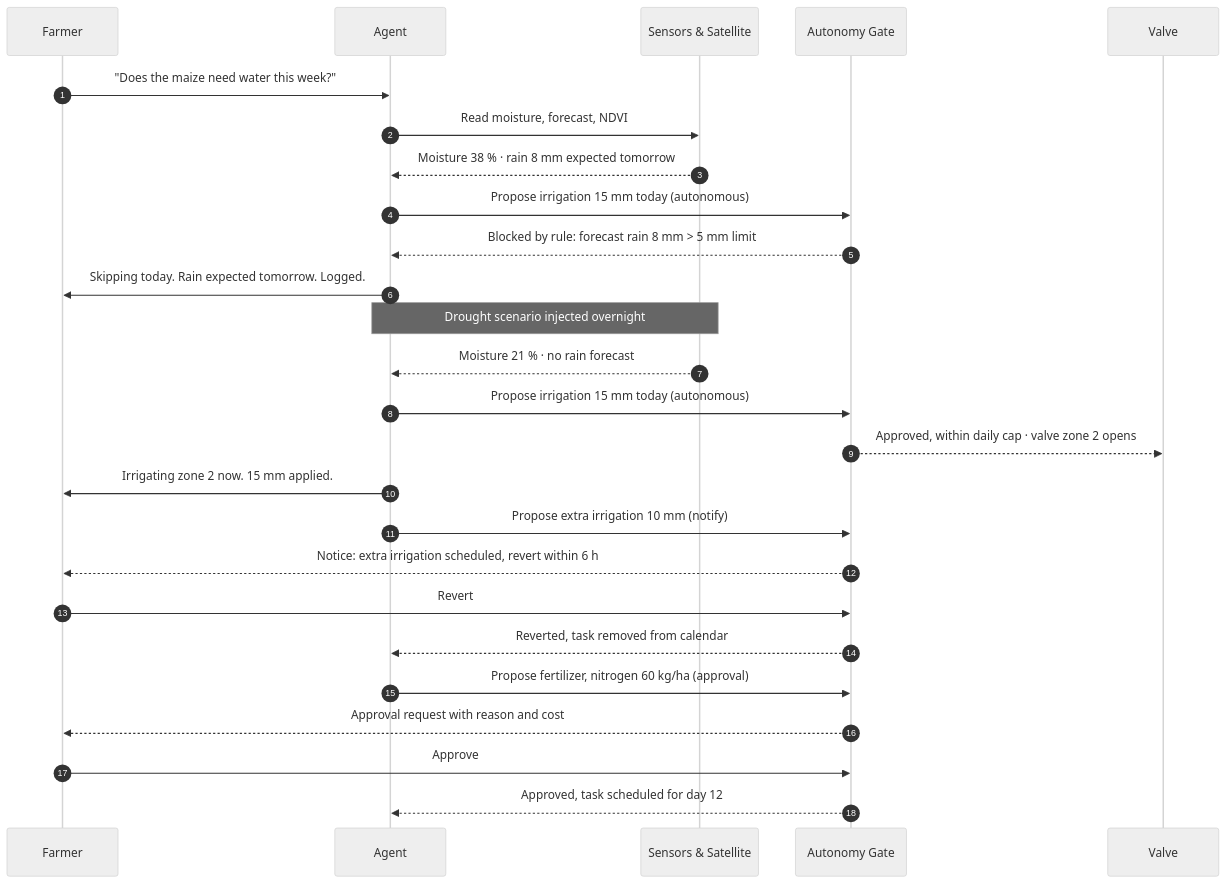
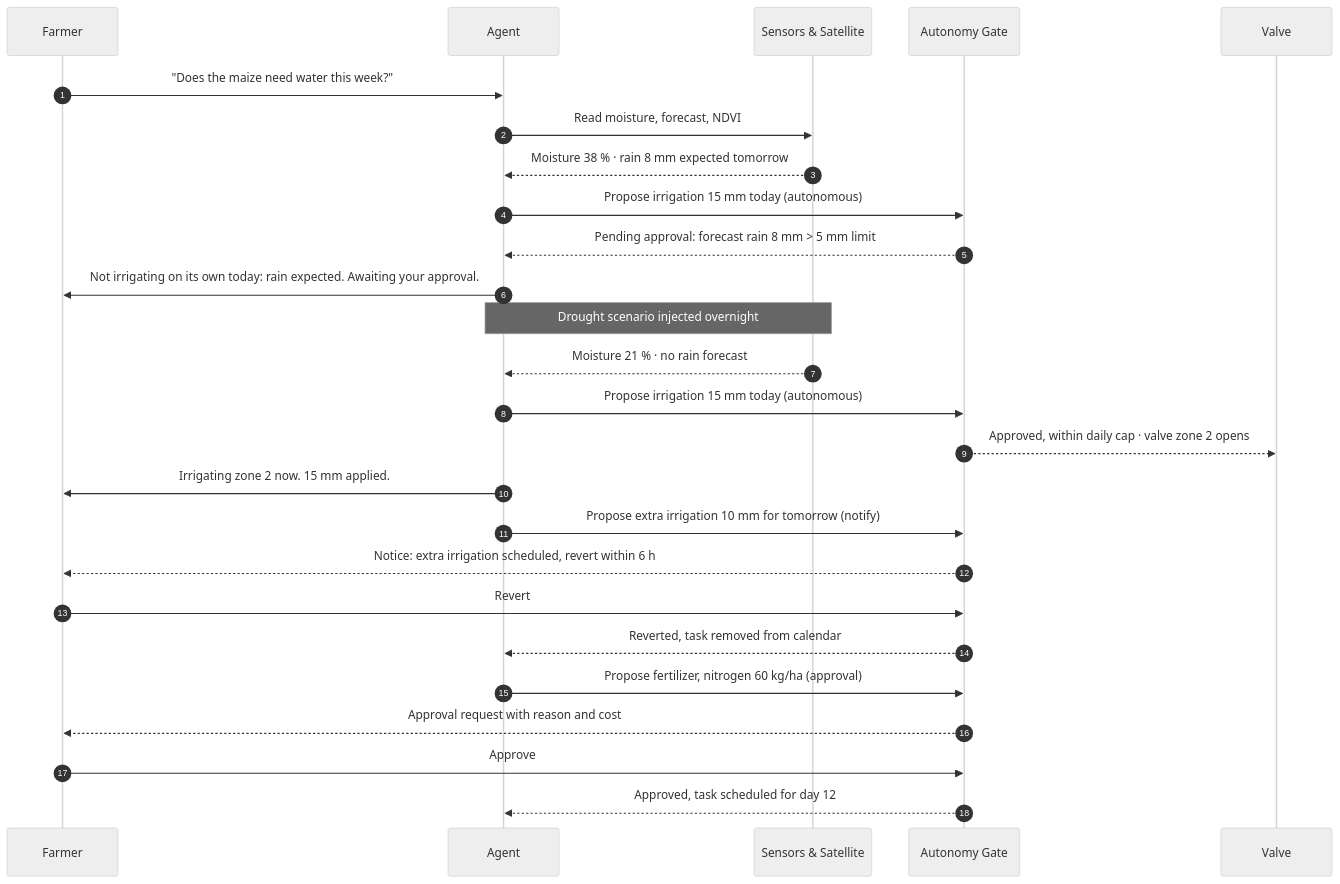
Before and after one commit to EdwinSteve/FieldPilot: the fifth of 6 diagrams in README.md, drawn with Mermaid (neutral theme). The commit also changed 2 other files, not shown here.

Commit message:
docs: accept D004–D008 and demo scheduling adjustment
- D004-D008 accepted. D004: the UI labels downgraded tasks by rule
  ("Pendiente de aprobación por lluvia prevista"), never "blocked".
- D005, D006: required tests recorded.
- D007: revert events record applied_mm, requested_mm, applied_liters.
- D009: demo extra irrigation scheduled for the next day; e2e test
  requirements recorded.
- D010: revert window in seconds with a demo-only override.
- architecture.md and README demo flow aligned.

No dependencies added.

````diff
--- a/README.md
+++ b/README.md
@@ -151,32 +151,32 @@
 ```mermaid
 sequenceDiagram
     autonumber
     participant F as Farmer
     participant A as Agent
     participant S as Sensors & Satellite
     participant G as Autonomy Gate
     participant V as Valve
 
     F->>A: "Does the maize need water this week?"
     A->>S: Read moisture, forecast, NDVI
     S-->>A: Moisture 38 % · rain 8 mm expected tomorrow
     A->>G: Propose irrigation 15 mm today (autonomous)
-    G-->>A: Blocked by rule: forecast rain 8 mm > 5 mm limit
-    A->>F: Skipping today. Rain expected tomorrow. Logged.
+    G-->>A: Pending approval: forecast rain 8 mm > 5 mm limit
+    A->>F: Not irrigating on its own today: rain expected. Awaiting your approval.
 
     Note over S,A: Drought scenario injected overnight
     S-->>A: Moisture 21 % · no rain forecast
     A->>G: Propose irrigation 15 mm today (autonomous)
     G-->>V: Approved, within daily cap · valve zone 2 opens
     A->>F: Irrigating zone 2 now. 15 mm applied.
 
-    A->>G: Propose extra irrigation 10 mm (notify)
+    A->>G: Propose extra irrigation 10 mm for tomorrow (notify)
     G-->>F: Notice: extra irrigation scheduled, revert within 6 h
     F->>G: Revert
     G-->>A: Reverted, task removed from calendar
 
     A->>G: Propose fertilizer, nitrogen 60 kg/ha (approval)
     G-->>F: Approval request with reason and cost
     F->>G: Approve
     G-->>A: Approved, task scheduled for day 12
 ```
````
